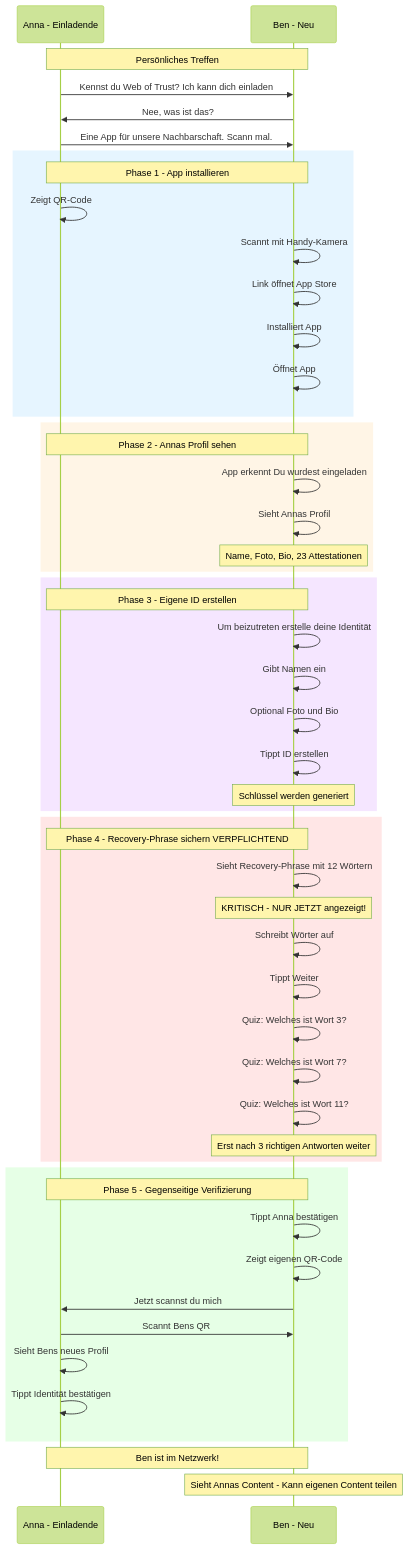
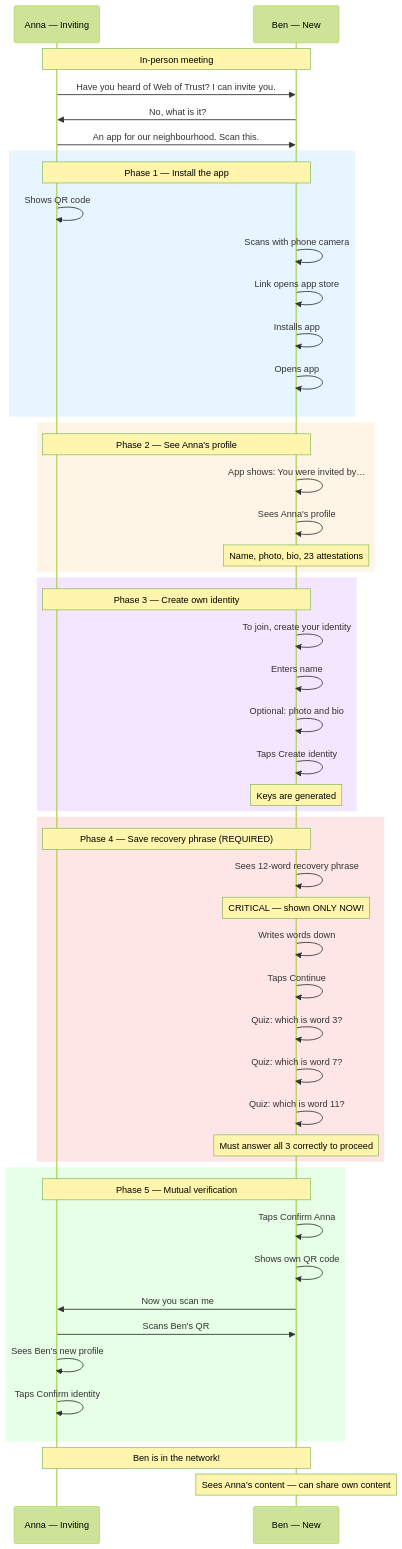
Before and after one commit to IT4Change/web-of-trust: the second of 6 diagrams in docs/flows/01-onboarding-user.md, drawn with Mermaid (forest theme). The commit also changed other lines of this file and 6 other files, not shown here.

````diff
--- a/docs/flows/01-onboarding-user.md
+++ b/docs/flows/01-onboarding-user.md
@@ -27,61 +27,61 @@
 ```mermaid
 sequenceDiagram
-    participant A as Anna - Einladende
-    participant B as Ben - Neu
+    participant A as Anna — Inviting
+    participant B as Ben — New
 
-    Note over A,B: Persönliches Treffen
+    Note over A,B: In-person meeting
 
-    A->>B: Kennst du Web of Trust? Ich kann dich einladen
-    B->>A: Nee, was ist das?
-    A->>B: Eine App für unsere Nachbarschaft. Scann mal.
-    
+    A->>B: Have you heard of Web of Trust? I can invite you.
+    B->>A: No, what is it?
+    A->>B: An app for our neighbourhood. Scan this.
+
     rect rgb(230, 245, 255)
-        Note over A,B: Phase 1 - App installieren
-        A->>A: Zeigt QR-Code
-        B->>B: Scannt mit Handy-Kamera
-        B->>B: Link öffnet App Store
-        B->>B: Installiert App
-        B->>B: Öffnet App
+        Note over A,B: Phase 1 — Install the app
+        A->>A: Shows QR code
+        B->>B: Scans with phone camera
+        B->>B: Link opens app store
+        B->>B: Installs app
+        B->>B: Opens app
     end
 
     rect rgb(255, 245, 230)
-        Note over A,B: Phase 2 - Annas Profil sehen
-        B->>B: App erkennt Du wurdest eingeladen
-        B->>B: Sieht Annas Profil
-        Note over B: Name, Foto, Bio, 23 Attestationen
+        Note over A,B: Phase 2 — See Anna's profile
+        B->>B: App shows: You were invited by…
+        B->>B: Sees Anna's profile
+        Note over B: Name, photo, bio, 23 attestations
     end
 
     rect rgb(245, 230, 255)
-        Note over A,B: Phase 3 - Eigene ID erstellen
-        B->>B: Um beizutreten erstelle deine Identität
-        B->>B: Gibt Namen ein
-        B->>B: Optional Foto und Bio
-        B->>B: Tippt ID erstellen
-        Note over B: Schlüssel werden generiert
+        Note over A,B: Phase 3 — Create own identity
+        B->>B: To join, create your identity
+        B->>B: Enters name
+        B->>B: Optional: photo and bio
+        B->>B: Taps Create identity
+        Note over B: Keys are generated
     end
 
     rect rgb(255, 230, 230)
-        Note over A,B: Phase 4 - Recovery-Phrase sichern VERPFLICHTEND
-        B->>B: Sieht Recovery-Phrase mit 12 Wörtern
-        Note over B: KRITISCH - NUR JETZT angezeigt!
-        B->>B: Schreibt Wörter auf
-        B->>B: Tippt Weiter
-        B->>B: Quiz: Welches ist Wort 3?
-        B->>B: Quiz: Welches ist Wort 7?
-        B->>B: Quiz: Welches ist Wort 11?
-        Note over B: Erst nach 3 richtigen Antworten weiter
+        Note over A,B: Phase 4 — Save recovery phrase (REQUIRED)
+        B->>B: Sees 12-word recovery phrase
+        Note over B: CRITICAL — shown ONLY NOW!
+        B->>B: Writes words down
+        B->>B: Taps Continue
+        B->>B: Quiz: which is word 3?
+        B->>B: Quiz: which is word 7?
+        B->>B: Quiz: which is word 11?
+        Note over B: Must answer all 3 correctly to proceed
     end
 
     rect rgb(230, 255, 230)
-        Note over A,B: Phase 5 - Gegenseitige Verifizierung
-        B->>B: Tippt Anna bestätigen
-        B->>B: Zeigt eigenen QR-Code
-        B->>A: Jetzt scannst du mich
-        A->>B: Scannt Bens QR
-        A->>A: Sieht Bens neues Profil
-        A->>A: Tippt Identität bestätigen
+        Note over A,B: Phase 5 — Mutual verification
+        B->>B: Taps Confirm Anna
+        B->>B: Shows own QR code
+        B->>A: Now you scan me
+        A->>B: Scans Ben's QR
+        A->>A: Sees Ben's new profile
+        A->>A: Taps Confirm identity
     end
 
-    Note over A,B: Ben ist im Netzwerk!
-    Note over B: Sieht Annas Content - Kann eigenen Content teilen
+    Note over A,B: Ben is in the network!
+    Note over B: Sees Anna's content — can share own content
 ```
````
